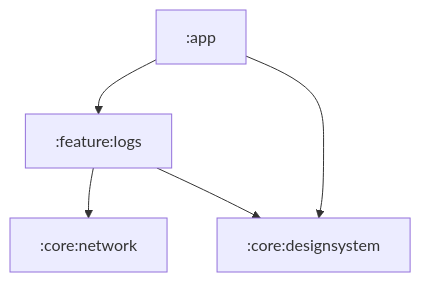
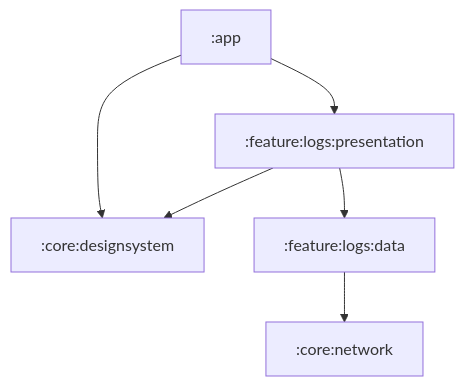
Before and after one commit to JOkeryyyy/FGFChallenge: the second of 3 diagrams in documentation/ARCHITECTURE.md, drawn with Mermaid. The commit also changed other lines of this file and 110 other files, not shown here.

First line of the commit message:
Feature/logs module split (#12)

````diff
--- a/documentation/ARCHITECTURE.md
+++ b/documentation/ARCHITECTURE.md
@@ -87,7 +90,8 @@
 ```mermaid
 flowchart TD
-    APP[":app"] --> FEATURE[":feature:logs"]
+    APP[":app"] --> PRESENTATION[":feature:logs:presentation"]
     APP --> DESIGN[":core:designsystem"]
-    FEATURE --> NETWORK[":core:network"]
-    FEATURE --> DESIGN
+    PRESENTATION --> DATA[":feature:logs:data"]
+    PRESENTATION --> DESIGN
+    DATA --> NETWORK[":core:network"]
 ```
````
